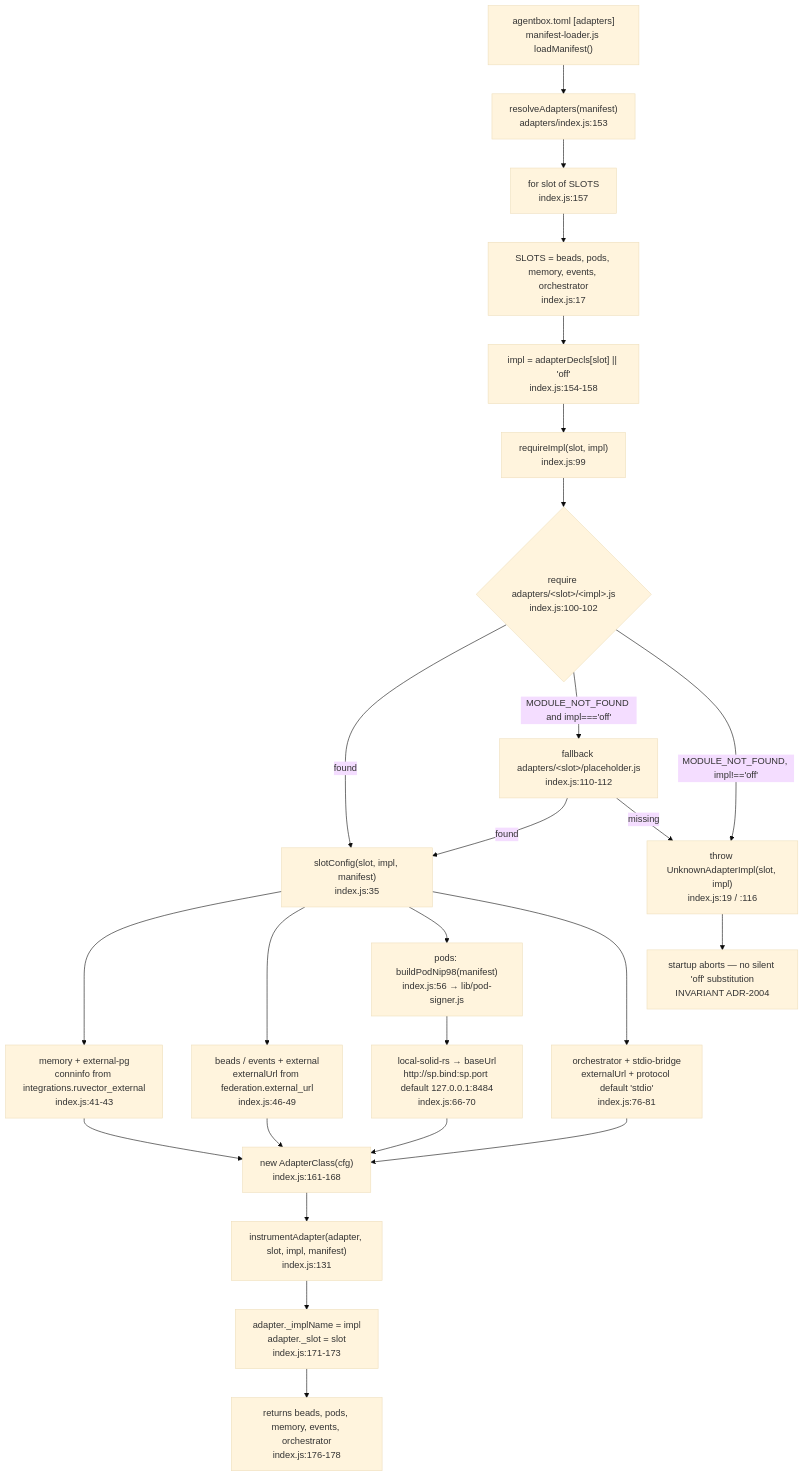
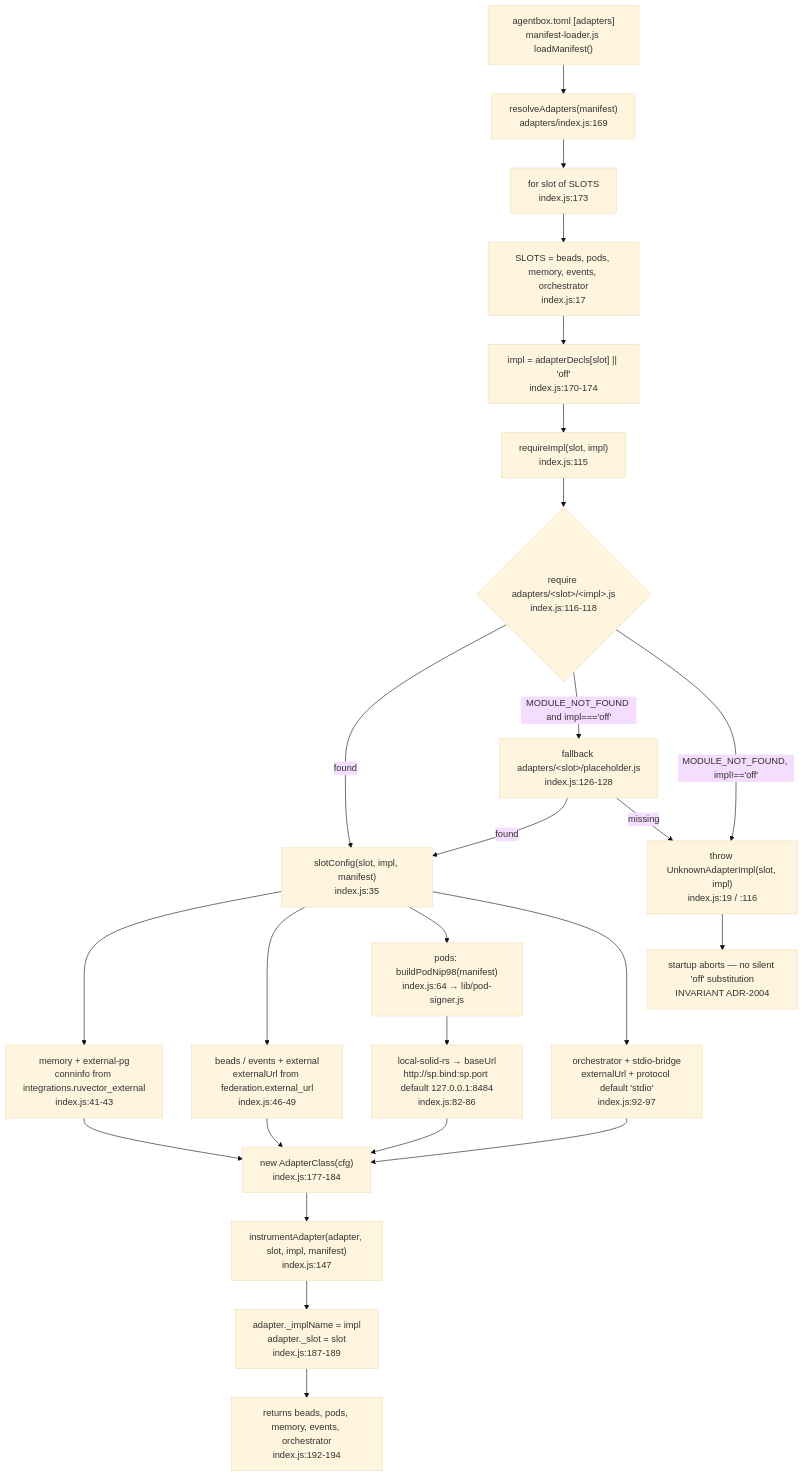
One commit to DreamLab-AI/AR-AI-Knowledge-Graph changed the first of 16 diagrams in docs/diagrams/agentbox/04-adapter-spine.md. Above: the diagram before and after it, drawn with Mermaid (base theme). The commit also changed other lines of this file and 73 other files, not shown here.

First line of the commit message:
docs(diagrams): re-verify all 71 topic files against HEAD; add --cite-check

````diff
--- a/docs/diagrams/agentbox/04-adapter-spine.md
+++ b/docs/diagrams/agentbox/04-adapter-spine.md
@@ -44,27 +44,27 @@
 ```mermaid
 flowchart TD
-    M["agentbox.toml [adapters]<br/>manifest-loader.js loadManifest()"] --> RA["resolveAdapters(manifest)<br/>adapters/index.js:153"]
-    RA --> LOOP["for slot of SLOTS<br/>index.js:157"]
+    M["agentbox.toml [adapters]<br/>manifest-loader.js loadManifest()"] --> RA["resolveAdapters(manifest)<br/>adapters/index.js:169"]
+    RA --> LOOP["for slot of SLOTS<br/>index.js:173"]
     LOOP --> S1["SLOTS = beads, pods, memory, events, orchestrator<br/>index.js:17"]
-    S1 --> IMPL["impl = adapterDecls[slot] || 'off'<br/>index.js:154-158"]
-    IMPL --> REQ["requireImpl(slot, impl)<br/>index.js:99"]
-    REQ --> P1{"require adapters/&lt;slot&gt;/&lt;impl&gt;.js<br/>index.js:100-102"}
+    S1 --> IMPL["impl = adapterDecls[slot] || 'off'<br/>index.js:170-174"]
+    IMPL --> REQ["requireImpl(slot, impl)<br/>index.js:115"]
+    REQ --> P1{"require adapters/&lt;slot&gt;/&lt;impl&gt;.js<br/>index.js:116-118"}
     P1 -->|found| CFG
-    P1 -->|"MODULE_NOT_FOUND and impl==='off'"| PH["fallback adapters/&lt;slot&gt;/placeholder.js<br/>index.js:110-112"]
+    P1 -->|"MODULE_NOT_FOUND and impl==='off'"| PH["fallback adapters/&lt;slot&gt;/placeholder.js<br/>index.js:126-128"]
     PH -->|found| CFG
     PH -->|missing| UAI["throw UnknownAdapterImpl(slot, impl)<br/>index.js:19 / :116"]
     P1 -->|"MODULE_NOT_FOUND, impl!=='off'"| UAI
     CFG["slotConfig(slot, impl, manifest)<br/>index.js:35"] --> CM["memory + external-pg<br/>conninfo from integrations.ruvector_external<br/>index.js:41-43"]
     CFG --> CB["beads / events + external<br/>externalUrl from federation.external_url<br/>index.js:46-49"]
-    CFG --> CP["pods: buildPodNip98(manifest)<br/>index.js:56 → lib/pod-signer.js"]
-    CP --> CP2["local-solid-rs → baseUrl<br/>http://sp.bind:sp.port default 127.0.0.1:8484<br/>index.js:66-70"]
-    CFG --> CO["orchestrator + stdio-bridge<br/>externalUrl + protocol default 'stdio'<br/>index.js:76-81"]
+    CFG --> CP["pods: buildPodNip98(manifest)<br/>index.js:64 → lib/pod-signer.js"]
+    CP --> CP2["local-solid-rs → baseUrl<br/>http://sp.bind:sp.port default 127.0.0.1:8484<br/>index.js:82-86"]
+    CFG --> CO["orchestrator + stdio-bridge<br/>externalUrl + protocol default 'stdio'<br/>index.js:92-97"]
     CM --> NEW
     CB --> NEW
     CP2 --> NEW
     CO --> NEW
-    NEW["new AdapterClass(cfg)<br/>index.js:161-168"] --> INST["instrumentAdapter(adapter, slot, impl, manifest)<br/>index.js:131"]
-    INST --> META["adapter._implName = impl<br/>adapter._slot = slot<br/>index.js:171-173"]
-    META --> OUT["returns beads, pods, memory, events, orchestrator<br/>index.js:176-178"]
+    NEW["new AdapterClass(cfg)<br/>index.js:177-184"] --> INST["instrumentAdapter(adapter, slot, impl, manifest)<br/>index.js:147"]
+    INST --> META["adapter._implName = impl<br/>adapter._slot = slot<br/>index.js:187-189"]
+    META --> OUT["returns beads, pods, memory, events, orchestrator<br/>index.js:192-194"]
     UAI --> FAIL["startup aborts — no silent 'off' substitution<br/>INVARIANT ADR-2004"]
 ```
````
